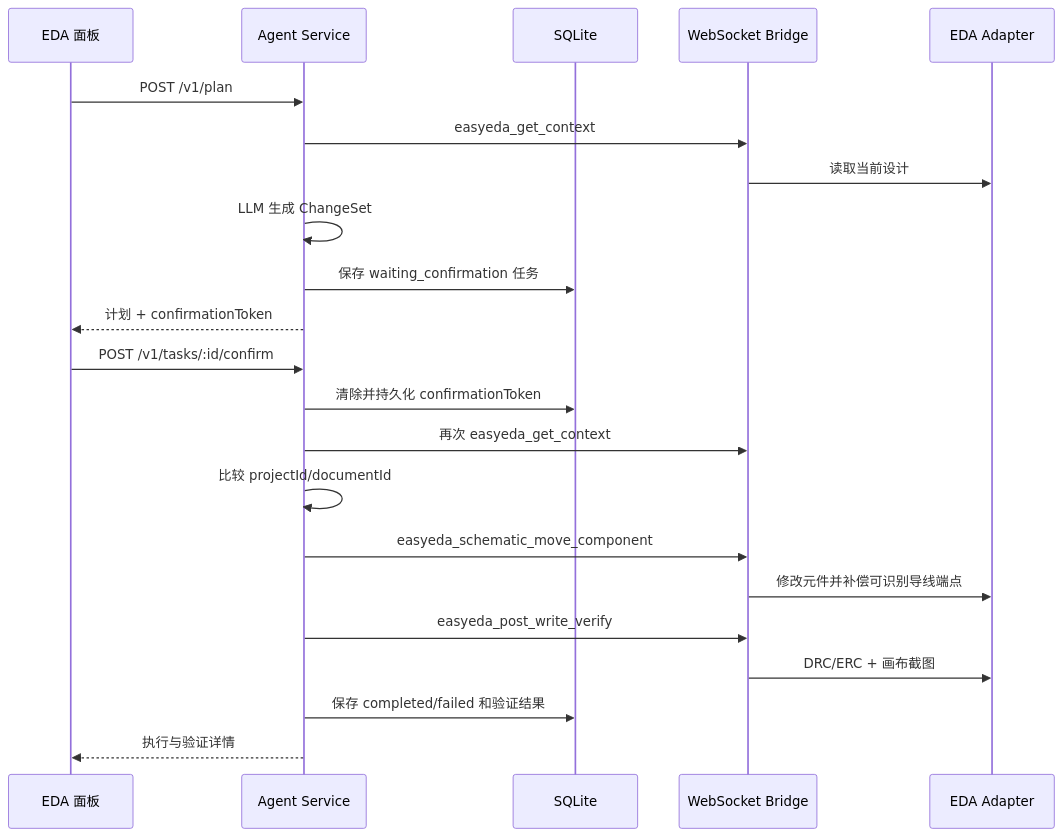
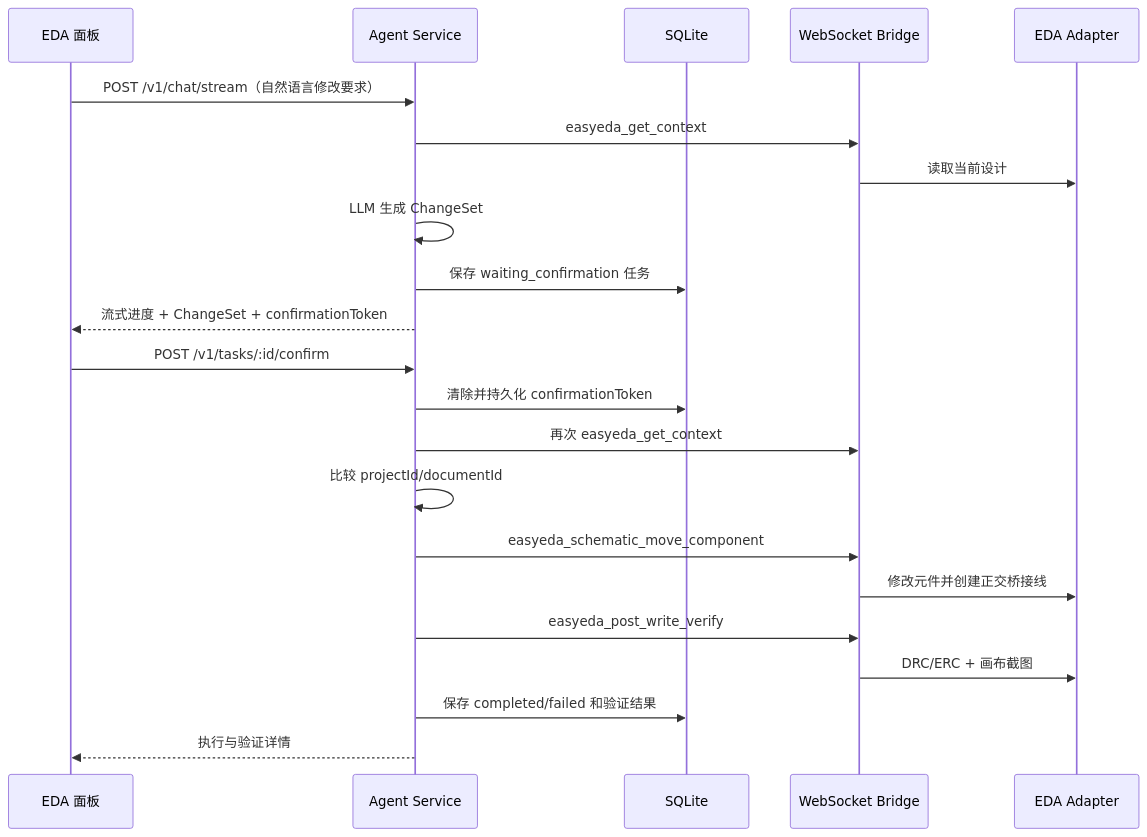
One commit to ferren/JLCircuit-Agent changed the sixth of 8 diagrams in docs/current-architecture.md. Above: the diagram before and after it, drawn with Mermaid. The commit also changed other lines of this file and 16 other files, not shown here.

Commit message:
feat: unify streaming change confirmation flow

````diff
--- a/docs/current-architecture.md
+++ b/docs/current-architecture.md
@@ -602,25 +603,25 @@
 ```mermaid
 sequenceDiagram
     participant UI as EDA 面板
     participant Agent as Agent Service
     participant DB as SQLite
     participant Bridge as WebSocket Bridge
     participant EDA as EDA Adapter
 
-    UI->>Agent: POST /v1/plan
+    UI->>Agent: POST /v1/chat/stream（自然语言修改要求）
     Agent->>Bridge: easyeda_get_context
     Bridge->>EDA: 读取当前设计
     Agent->>Agent: LLM 生成 ChangeSet
     Agent->>DB: 保存 waiting_confirmation 任务
-    Agent-->>UI: 计划 + confirmationToken
+    Agent-->>UI: 流式进度 + ChangeSet + confirmationToken
     UI->>Agent: POST /v1/tasks/:id/confirm
     Agent->>DB: 清除并持久化 confirmationToken
     Agent->>Bridge: 再次 easyeda_get_context
     Agent->>Agent: 比较 projectId/documentId
     Agent->>Bridge: easyeda_schematic_move_component
-    Bridge->>EDA: 修改元件并补偿可识别导线端点
+    Bridge->>EDA: 修改元件并创建正交桥接线
     Agent->>Bridge: easyeda_post_write_verify
     Bridge->>EDA: DRC/ERC + 画布截图
     Agent->>DB: 保存 completed/failed 和验证结果
     Agent-->>UI: 执行与验证详情
 ```
````
